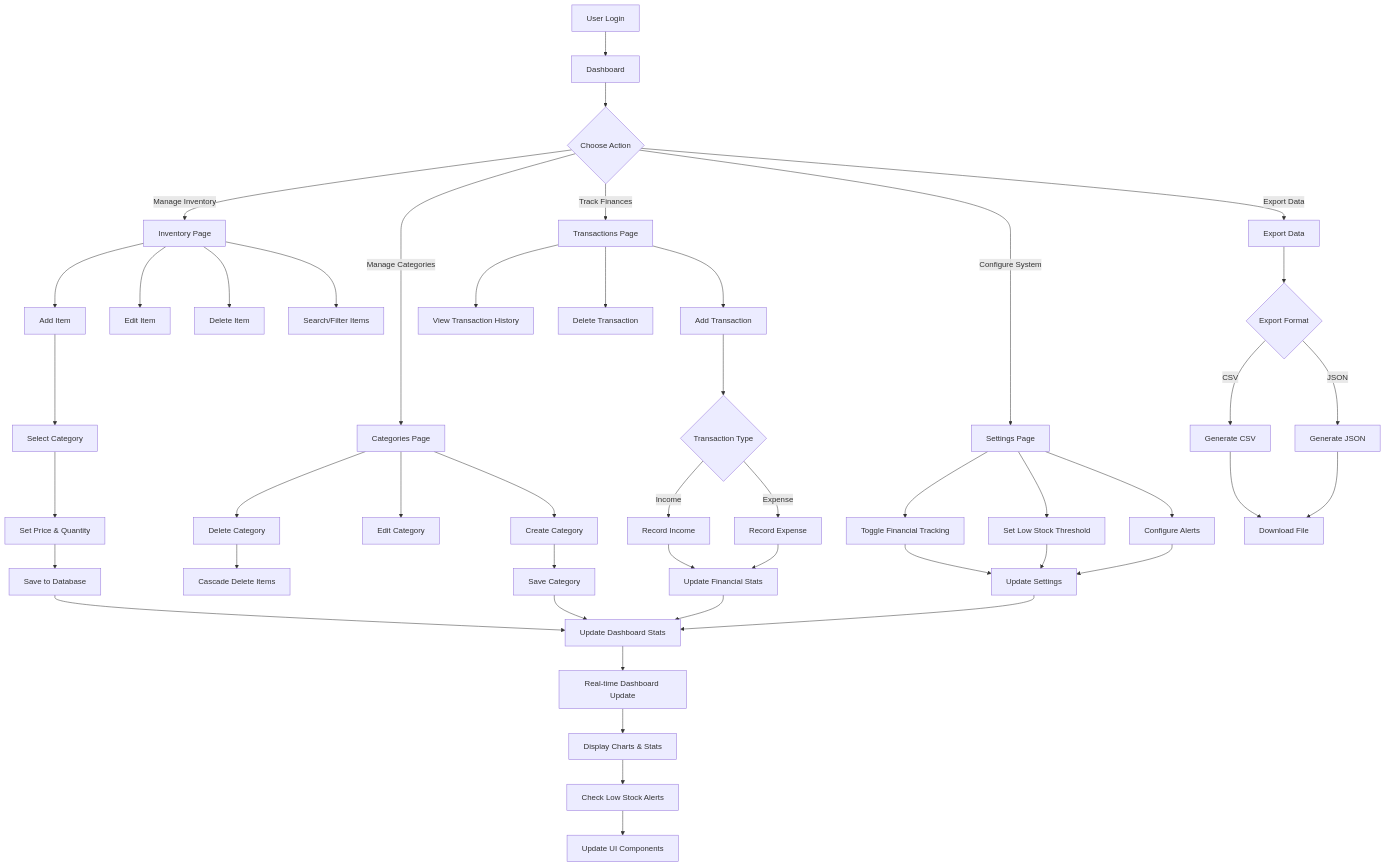
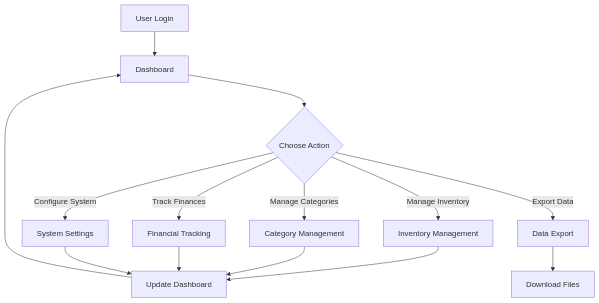
Before and after one commit to marcuwynu23/itemhive: the diagram in README.md, drawn with Mermaid. The commit also changed other lines of this file, not shown here.

Commit message:
docs(README.md): Simplify system overview diagram
- Replace detailed process flow diagram with high-level system overview
- Remove granular step-by-step workflows for inventory, categories, transactions, and settings management
- Consolidate multi-level flowchart into streamlined dashboard-centric view
- Improve readability by reducing diagram complexity while maintaining core functionality overview

````diff
--- a/README.md
+++ b/README.md
@@ -63,56 +63,19 @@
 ```mermaid
 graph TD
     A[User Login] --> B[Dashboard]
     B --> C{Choose Action}
 
-    C -->|Manage Inventory| D[Inventory Page]
-    C -->|Manage Categories| E[Categories Page]
-    C -->|Track Finances| F[Transactions Page]
-    C -->|Configure System| G[Settings Page]
-    C -->|Export Data| H[Export Data]
+    C -->|Manage Inventory| D[Inventory Management]
+    C -->|Manage Categories| E[Category Management]
+    C -->|Track Finances| F[Financial Tracking]
+    C -->|Configure System| G[System Settings]
+    C -->|Export Data| H[Data Export]
 
-    D --> D1[Add Item]
-    D --> D2[Edit Item]
-    D --> D3[Delete Item]
-    D --> D4[Search/Filter Items]
-    D1 --> D5[Select Category]
-    D5 --> D6[Set Price & Quantity]
-    D6 --> D7[Save to Database]
-    D7 --> D8[Update Dashboard Stats]
+    D --> I[Update Dashboard]
+    E --> I
+    F --> I
+    G --> I
+    H --> J[Download Files]
 
-    E --> E1[Create Category]
-    E --> E2[Edit Category]
-    E --> E3[Delete Category]
-    E3 --> E4[Cascade Delete Items]
-    E1 --> E5[Save Category]
-    E5 --> D8
-
-    F --> F1[Add Transaction]
-    F --> F2[View Transaction History]
-    F --> F3[Delete Transaction]
-    F1 --> F4{Transaction Type}
-    F4 -->|Income| F5[Record Income]
-    F4 -->|Expense| F6[Record Expense]
-    F5 --> F7[Update Financial Stats]
-    F6 --> F7
-    F7 --> D8
-
-    G --> G1[Toggle Financial Tracking]
-    G --> G2[Set Low Stock Threshold]
-    G --> G3[Configure Alerts]
-    G1 --> G4[Update Settings]
-    G2 --> G4
-    G3 --> G4
-    G4 --> D8
-
-    H --> H1{Export Format}
-    H1 -->|CSV| H2[Generate CSV]
-    H1 -->|JSON| H3[Generate JSON]
-    H2 --> H4[Download File]
-    H3 --> H4
-
-    D8 --> I[Real-time Dashboard Update]
-    I --> J[Display Charts & Stats]
-    J --> K[Check Low Stock Alerts]
-    K --> L[Update UI Components]
+    I --> B
 ```
````
